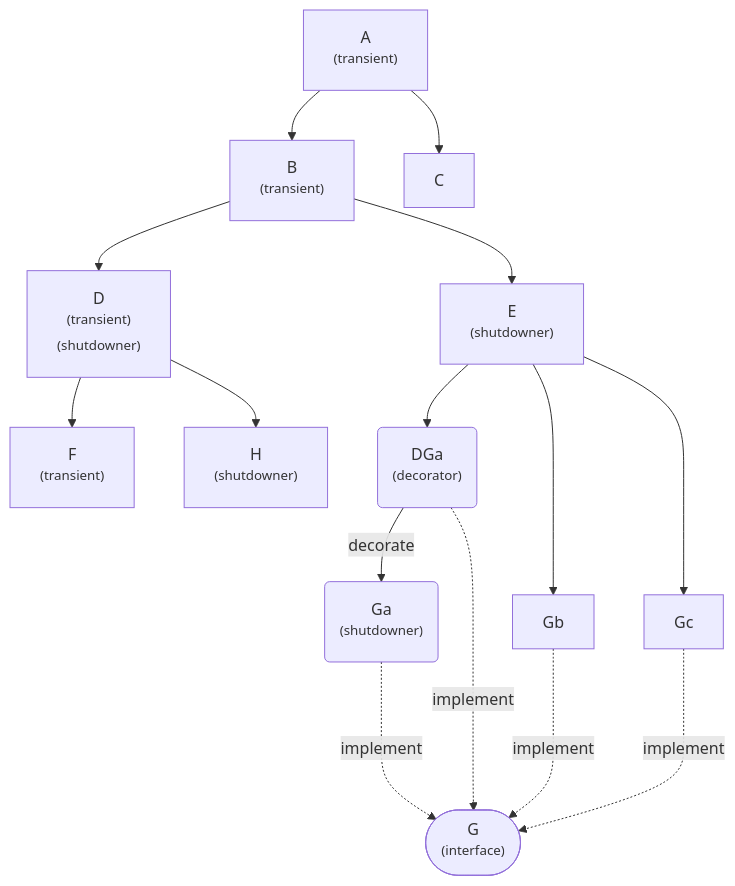
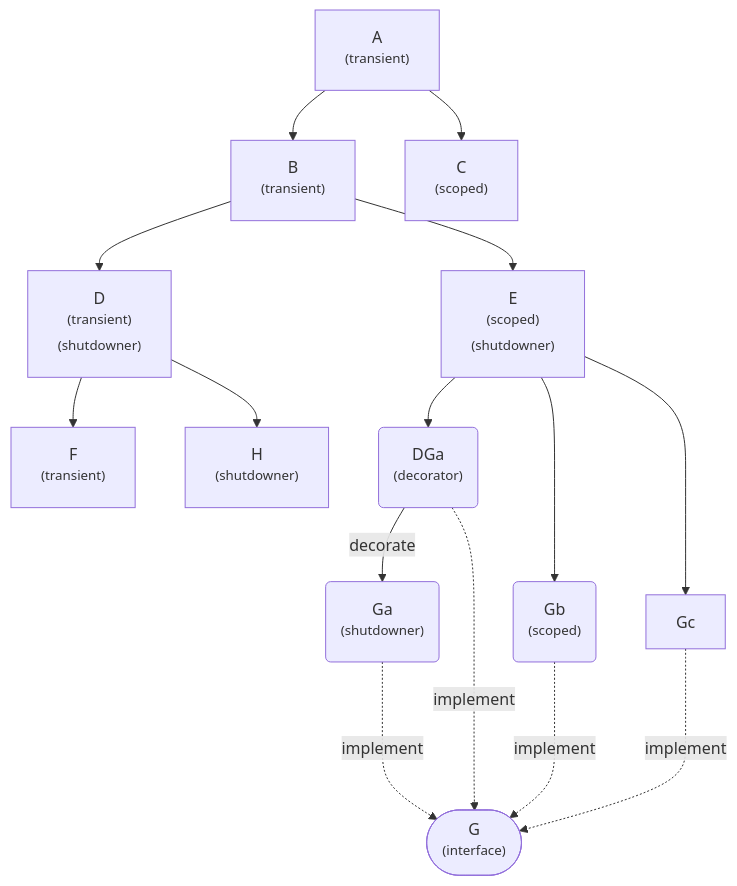
Before and after one commit to duongphuhiep/go-learn: the diagram in try-uberfx/README.md, drawn with Mermaid. The commit also changed other lines of this file and 4 other files, not shown here.

````diff
--- a/try-uberfx/README.md
+++ b/try-uberfx/README.md
@@ -11,27 +11,29 @@
 ```mermaid
 flowchart TD
 A["A<br><sup>(transient)</sup>"]
 B["B<br><sup>(transient)</sup>"]
+C["C<br><sup>(scoped)</sup>"]
 D["D<br><sup>(transient)<br>(shutdowner)</sup>"]
-E["E<br><sup>(shutdowner)</sup>"]
+E["E<br><sup>(scoped)<br>(shutdowner)</sup>"]
 F["F<br><sup>(transient)</sup>"]
 G(["G<br><sup>(interface)</sup>"])
+Gb("Gb<br><sup>(scoped)</sup>")
 Ga("Ga<br><sup>(shutdowner)</sup>")
 DGa("DGa<br><sup>(decorator)</sup>")
 H["H<br><sup>(shutdowner)</sup>"]
 
 A-->B
 A-->C
 B-->D
 B-->E
 D-->F
 D-->H
 E-->DGa
 E-->Gb
 E-->Gc
 DGa-->|decorate| Ga
 Ga -.implement..-> G
 Gb -.implement..-> G
 Gc -.implement..-> G
 DGa -.implement..-> G
 ```
````
